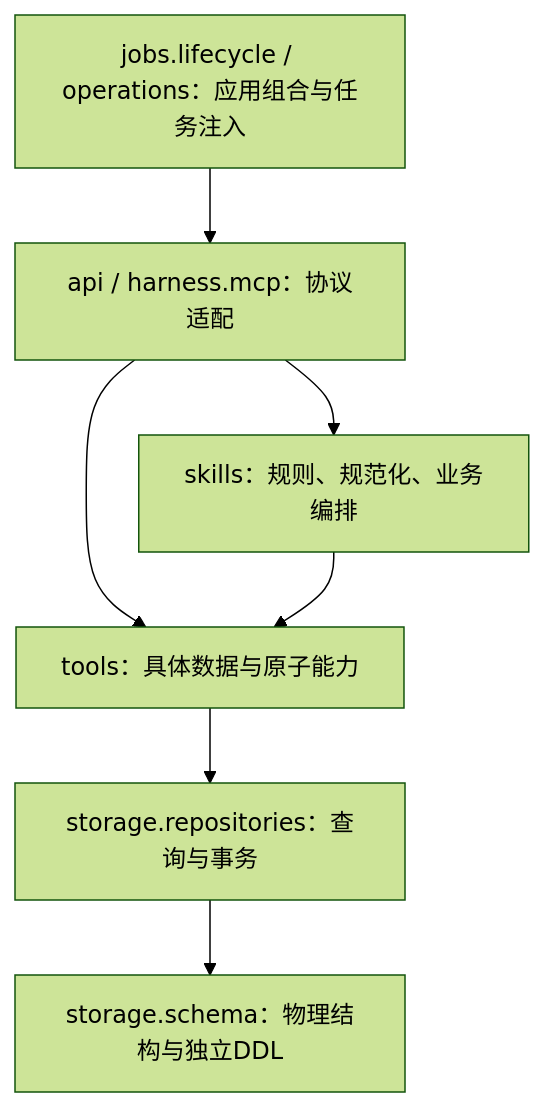
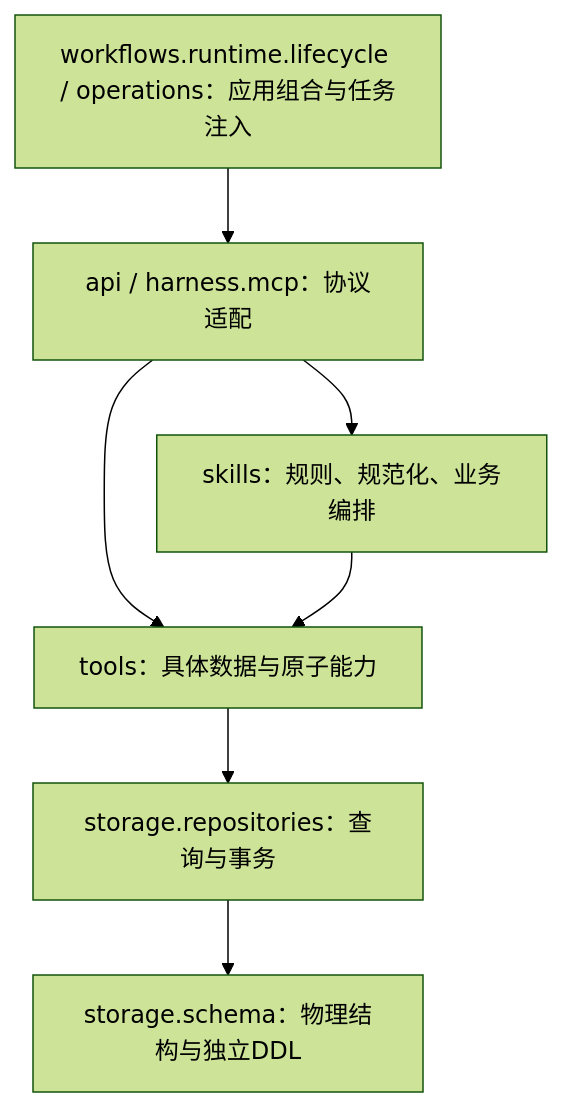
The diagram in docs/ops/module_boundaries.md (GluttonousCat/ai-assistant), drawn with Mermaid (forest theme) before and after one commit. The commit also changed other lines of this file and 284 other files, not shown here.

````diff
--- a/docs/ops/module_boundaries.md
+++ b/docs/ops/module_boundaries.md
@@ -9,9 +9,9 @@
 ```mermaid
 flowchart TD
   entry[api / harness.mcp：协议适配] --> domain[skills：规则、规范化、业务编排]
   entry --> capabilities[tools：具体数据与原子能力]
   domain --> capabilities
   capabilities --> repositories[storage.repositories：查询与事务]
   repositories --> schemas[storage.schema：物理结构与独立DDL]
-  lifecycle[jobs.lifecycle / operations：应用组合与任务注入] --> entry
+  lifecycle[workflows.runtime.lifecycle / operations：应用组合与任务注入] --> entry
 ```
````
